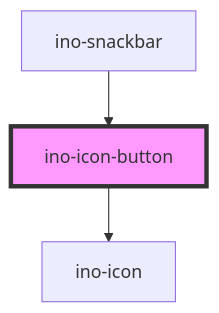
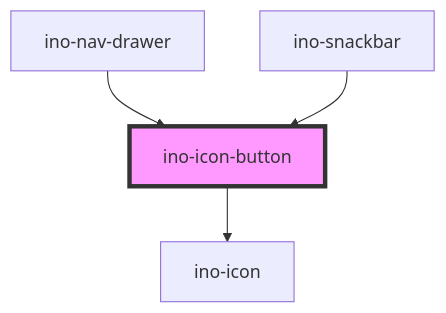
Before and after one commit to inovex/elements: the diagram in packages/elements/src/components/ino-icon-button/readme.md, drawn with Mermaid. The commit also changed other lines of this file and 39 other files, not shown here.

Commit message:
feat(elements|ino-nav-drawer): create nav-drawer-element with nav-item

````diff
--- a/packages/elements/src/components/ino-icon-button/readme.md
+++ b/packages/elements/src/components/ino-icon-button/readme.md
@@ -104,6 +105,7 @@
 ```mermaid
 graph TD;
   ino-icon-button --> ino-icon
+  ino-nav-drawer --> ino-icon-button
   ino-snackbar --> ino-icon-button
   style ino-icon-button fill:#f9f,stroke:#333,stroke-width:4px
 ```
````
